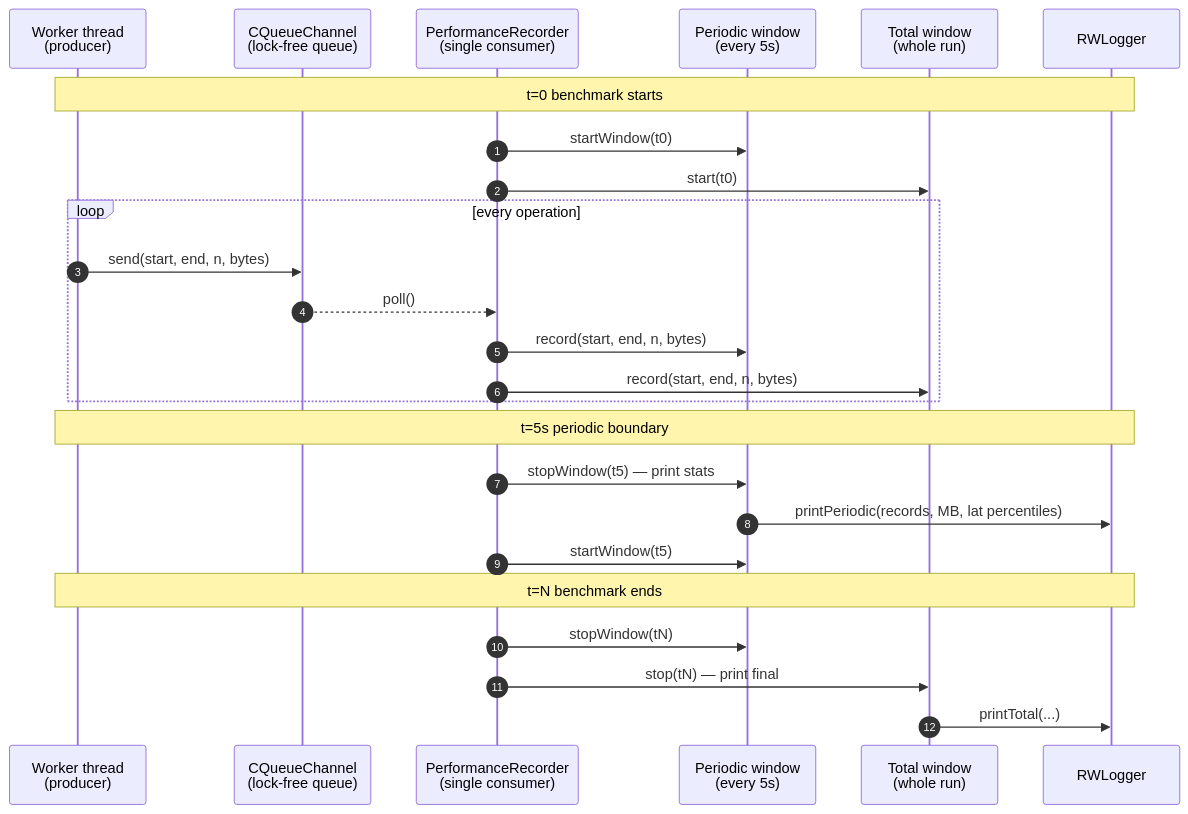
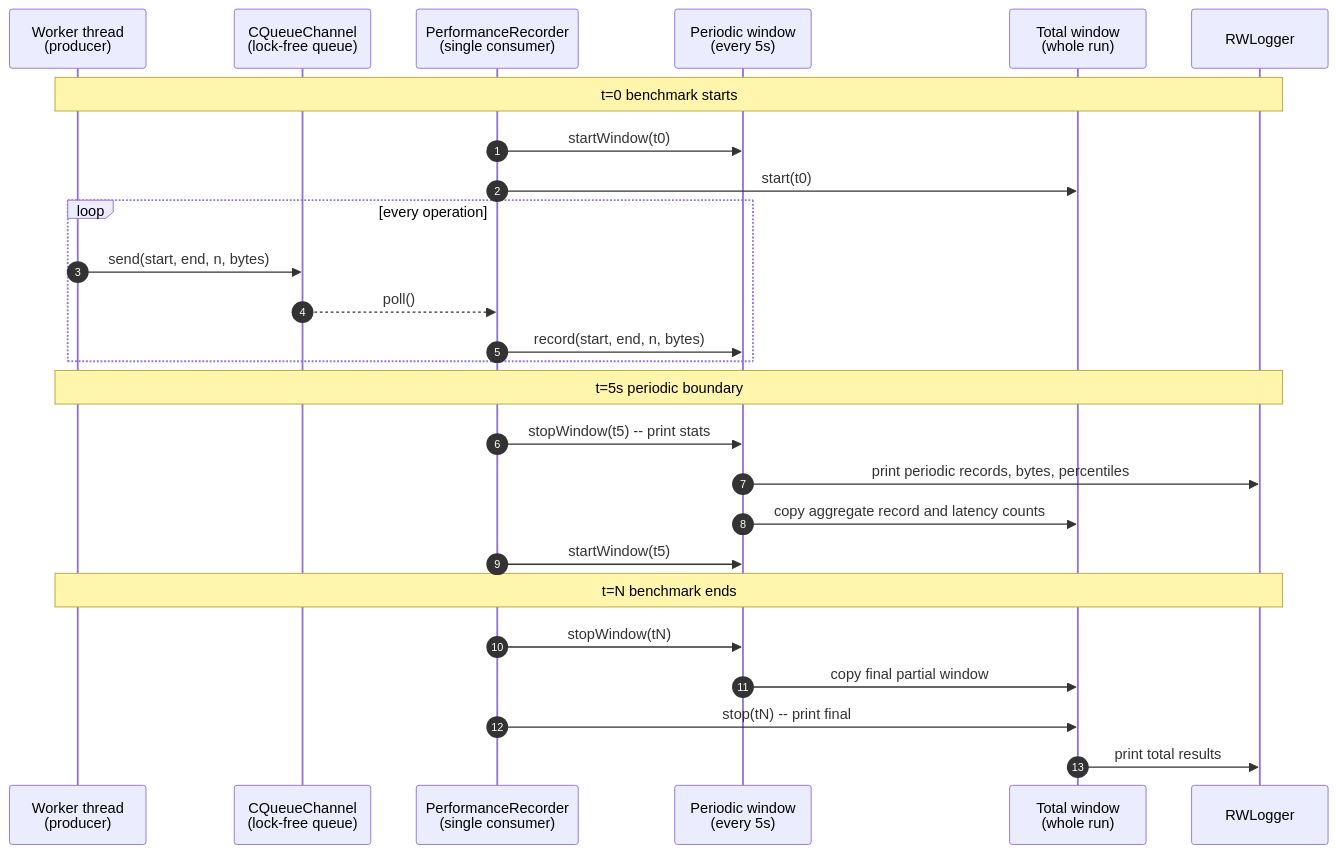
One commit to kmgowda/SBK changed diagram 11 of 36 in docs/sbk-internals.md. Above: the diagram before and after it, drawn with Mermaid. The commit also changed other lines of this file and 1 other file, not shown here.

Commit message:
Improve SBK internals architecture guide

````diff
--- a/docs/sbk-internals.md
+++ b/docs/sbk-internals.md
@@ -590,30 +834,31 @@
 ```mermaid
 sequenceDiagram
     autonumber
     participant Worker as Worker thread<br/>(producer)
     participant Channel as CQueueChannel<br/>(lock-free queue)
     participant Rec as PerformanceRecorder<br/>(single consumer)
     participant Per as Periodic window<br/>(every 5s)
     participant Tot as Total window<br/>(whole run)
     participant Log as RWLogger
     Note over Worker,Log: t=0  benchmark starts
     Rec->>Per: startWindow(t0)
     Rec->>Tot: start(t0)
 
     loop every operation
         Worker->>Channel: send(start, end, n, bytes)
         Channel-->>Rec: poll()
         Rec->>Per: record(start, end, n, bytes)
-        Rec->>Tot: record(start, end, n, bytes)
     end
 
     Note over Worker,Log: t=5s  periodic boundary
-    Rec->>Per: stopWindow(t5) — print stats
-    Per->>Log: printPeriodic(records, MB, lat percentiles)
+    Rec->>Per: stopWindow(t5) -- print stats
+    Per->>Log: print periodic records, bytes, percentiles
+    Per->>Tot: copy aggregate record and latency counts
     Rec->>Per: startWindow(t5)
 
     Note over Worker,Log: t=N  benchmark ends
     Rec->>Per: stopWindow(tN)
-    Rec->>Tot: stop(tN) — print final
-    Tot->>Log: printTotal(...)
+    Per->>Tot: copy final partial window
+    Rec->>Tot: stop(tN) -- print final
+    Tot->>Log: print total results
 ```
````
